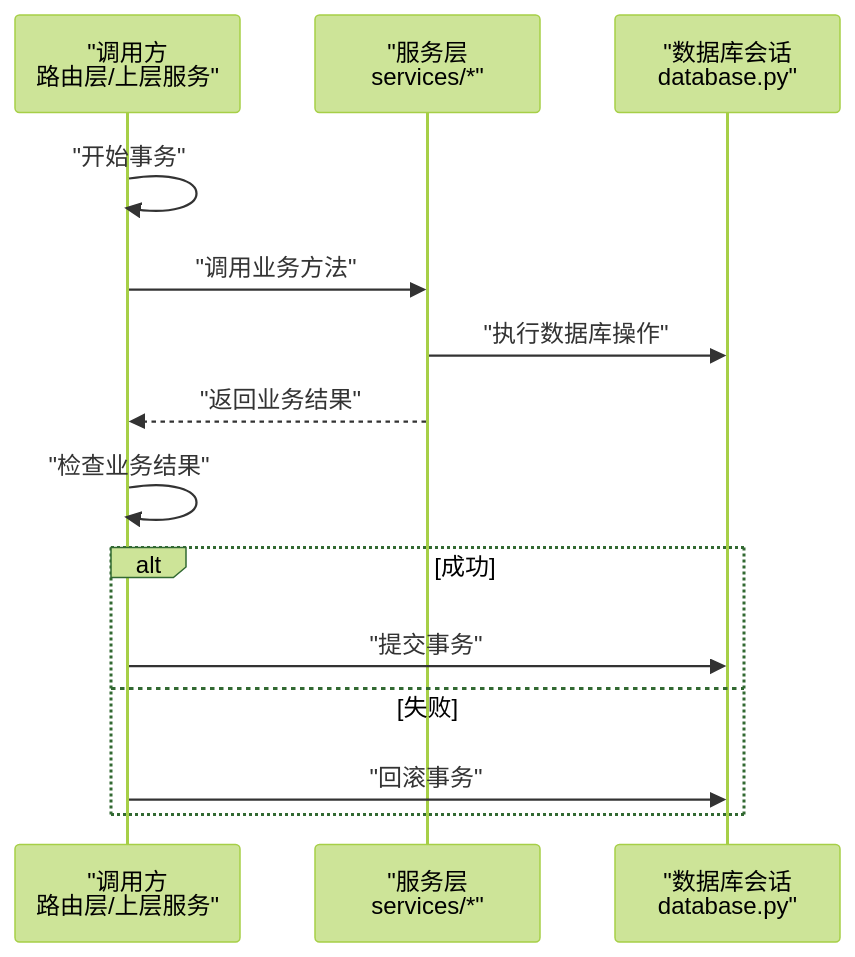
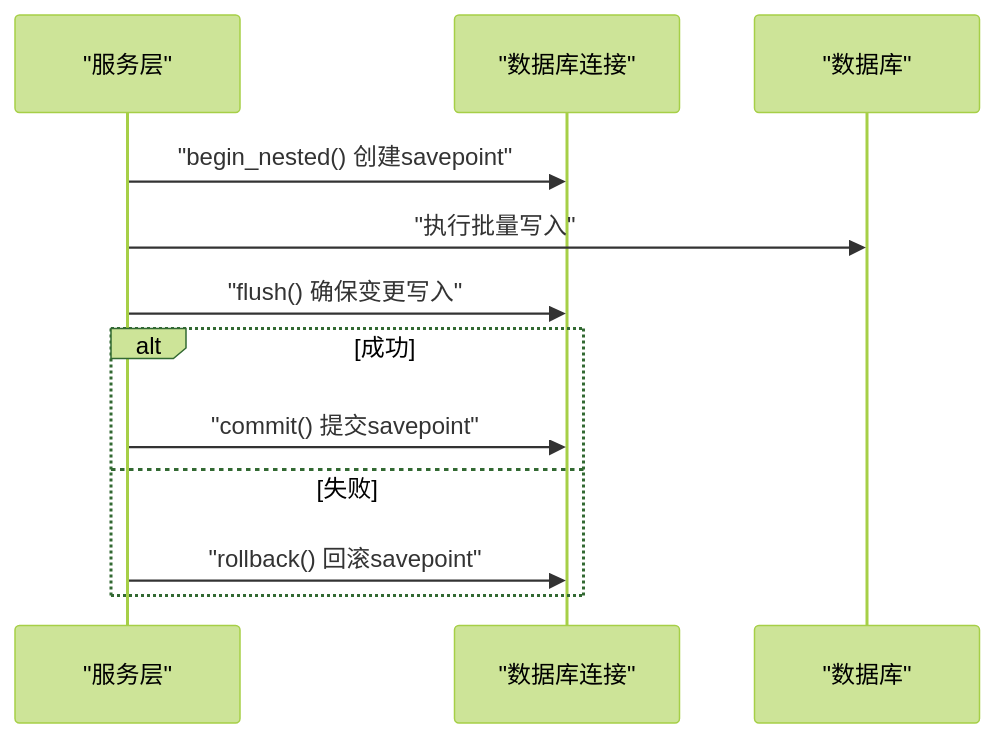
The ninth of 10 diagrams in .qoder/repowiki/zh/content/系统架构/后端架构.md (gujialind/InvestRing), drawn with Mermaid (forest theme) before and after one commit. The commit also changed other lines of this file and 65 other files, not shown here.

````diff
--- a/.qoder/repowiki/zh/content/系统架构/后端架构.md
+++ b/.qoder/repowiki/zh/content/系统架构/后端架构.md
@@ -390,16 +463,14 @@
 ```mermaid
 sequenceDiagram
-participant Caller as "调用方<br/>路由层/上层服务"
-participant Service as "服务层<br/>services/*"
-participant DB as "数据库会话<br/>database.py"
-Caller->>Caller : "开始事务"
-Caller->>Service : "调用业务方法"
-Service->>DB : "执行数据库操作"
-Service-->>Caller : "返回业务结果"
-Caller->>Caller : "检查业务结果"
+participant Service as "服务层"
+participant Conn as "数据库连接"
+participant DB as "数据库"
+Service->>Conn : "begin_nested() 创建savepoint"
+Service->>DB : "执行批量写入"
+Service->>Conn : "flush() 确保变更写入"
 alt 成功
-Caller->>DB : "提交事务"
+Service->>Conn : "commit() 提交savepoint"
 else 失败
-Caller->>DB : "回滚事务"
+Service->>Conn : "rollback() 回滚savepoint"
 end
 ```
````
